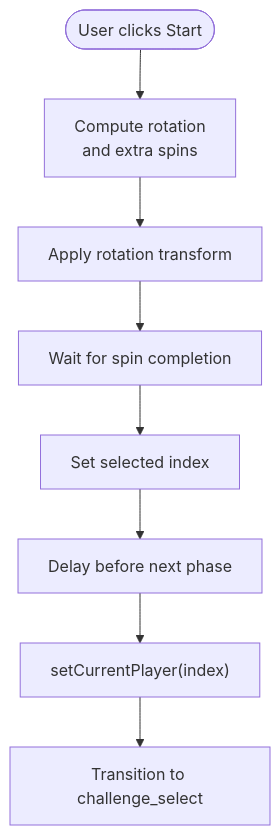
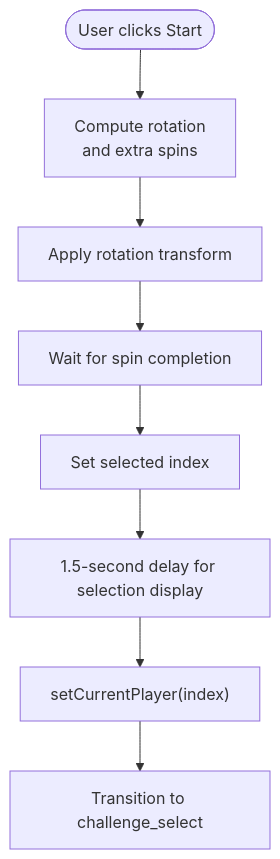
Before and after one commit to pankehan11-afk/Truth_or_Dare: the third of 6 diagrams in .qoder/repowiki/en/content/Gameplay Components.md, drawn with Mermaid. The commit also changed other lines of this file and 46 other files, not shown here.

````diff
--- a/.qoder/repowiki/en/content/Gameplay Components.md
+++ b/.qoder/repowiki/en/content/Gameplay Components.md
@@ -152,10 +161,10 @@
 ```mermaid
 flowchart TD
 Start(["User clicks Start"]) --> Spin["Compute rotation<br/>and extra spins"]
 Spin --> Rotate["Apply rotation transform"]
 Rotate --> Wait["Wait for spin completion"]
 Wait --> SetIndex["Set selected index"]
-SetIndex --> Delay["Delay before next phase"]
+SetIndex --> Delay["1.5-second delay for selection display"]
 Delay --> SetPlayer["setCurrentPlayer(index)"]
 SetPlayer --> Transition["Transition to challenge_select"]
 ```
````
